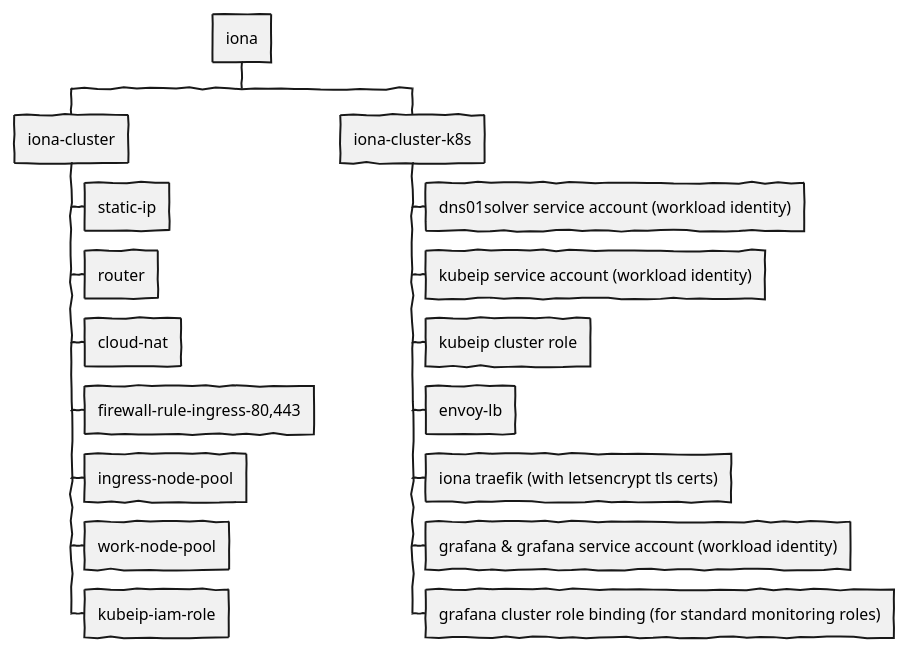
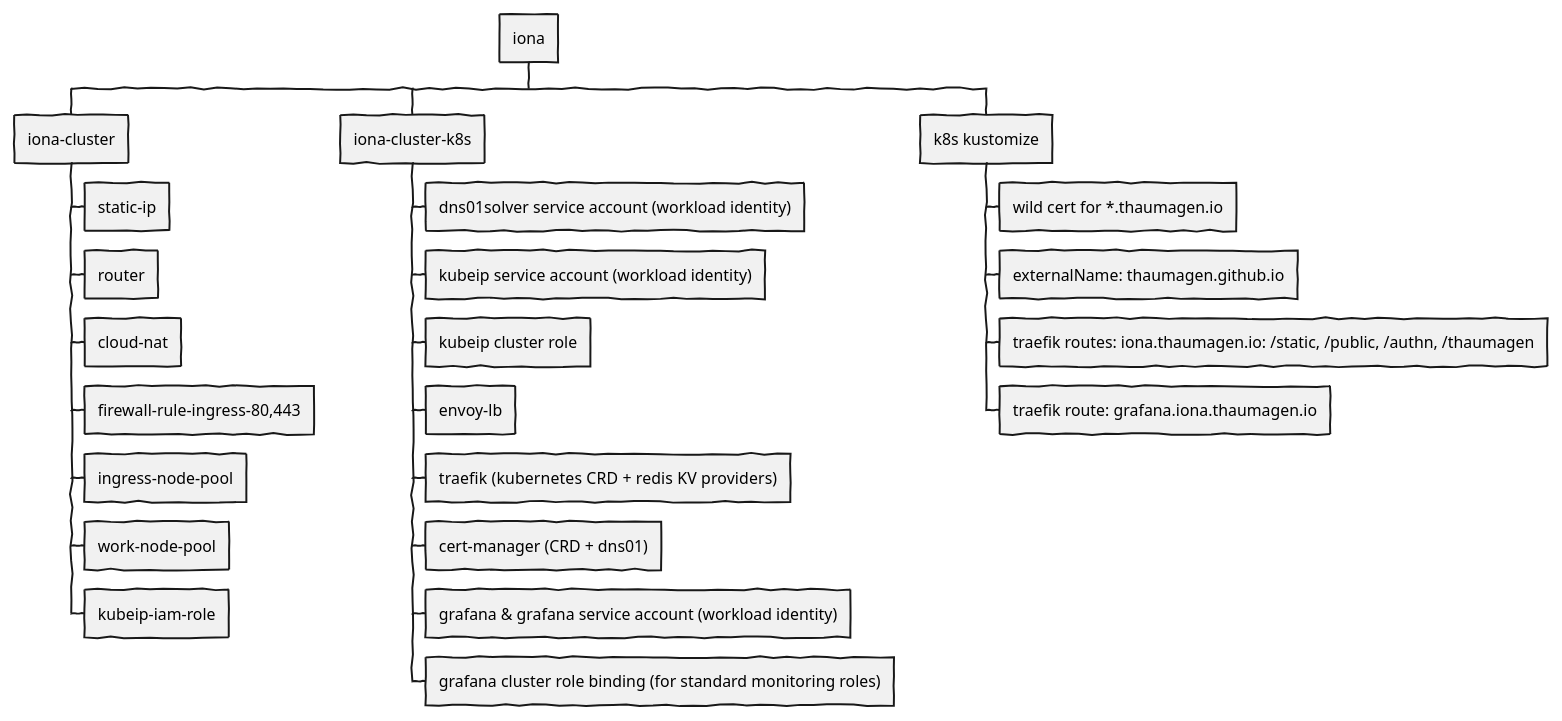
Before and after one commit to robinbryce/iona: the diagram in iona-wbs.iuml, drawn with PlantUML. The commit also changed 2 other files, not shown here.

```diff
--- a/iona-wbs.iuml
+++ b/iona-wbs.iuml
@@ -1,20 +1,26 @@
 @startwbs
 skinparam handwritten true
 * iona
 ** iona-cluster
 *** static-ip
 *** router
 *** cloud-nat
 *** firewall-rule-ingress-80,443
 *** ingress-node-pool
 *** work-node-pool
 *** kubeip-iam-role
 ** iona-cluster-k8s
 *** dns01solver service account (workload identity)
 *** kubeip service account (workload identity)
 *** kubeip cluster role
 *** envoy-lb
-*** iona traefik (with letsencrypt tls certs)
+*** traefik (kubernetes CRD  + redis KV providers)
+*** cert-manager (CRD + dns01)
 *** grafana & grafana service account (workload identity)
 *** grafana cluster role binding (for standard monitoring roles)
+** k8s kustomize
+*** wild cert for *.thaumagen.io
+*** externalName: thaumagen.github.io
+*** traefik routes: iona.thaumagen.io: /static, /public, /authn, /thaumagen
+*** traefik route: grafana.iona.thaumagen.io
 @endwbs
```
